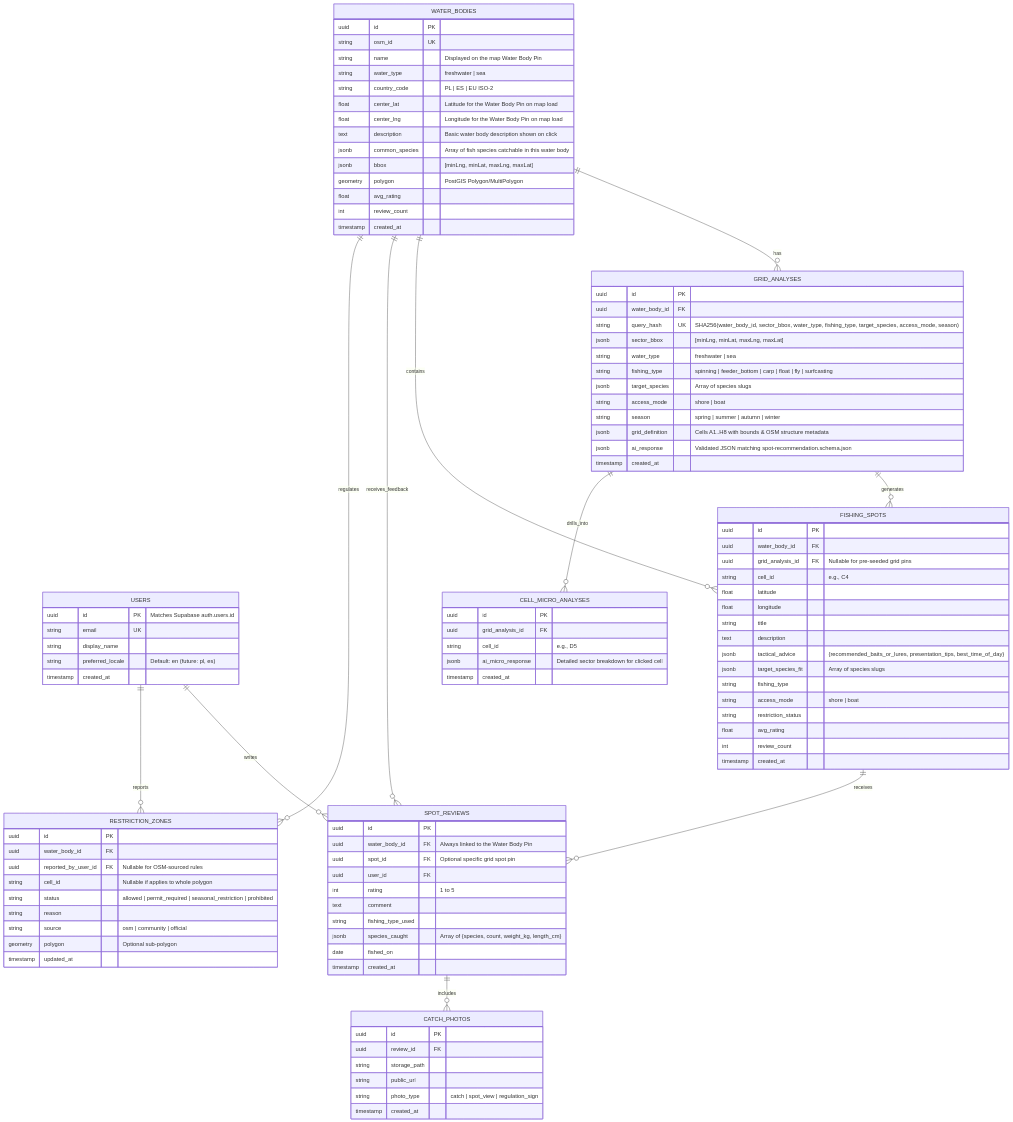
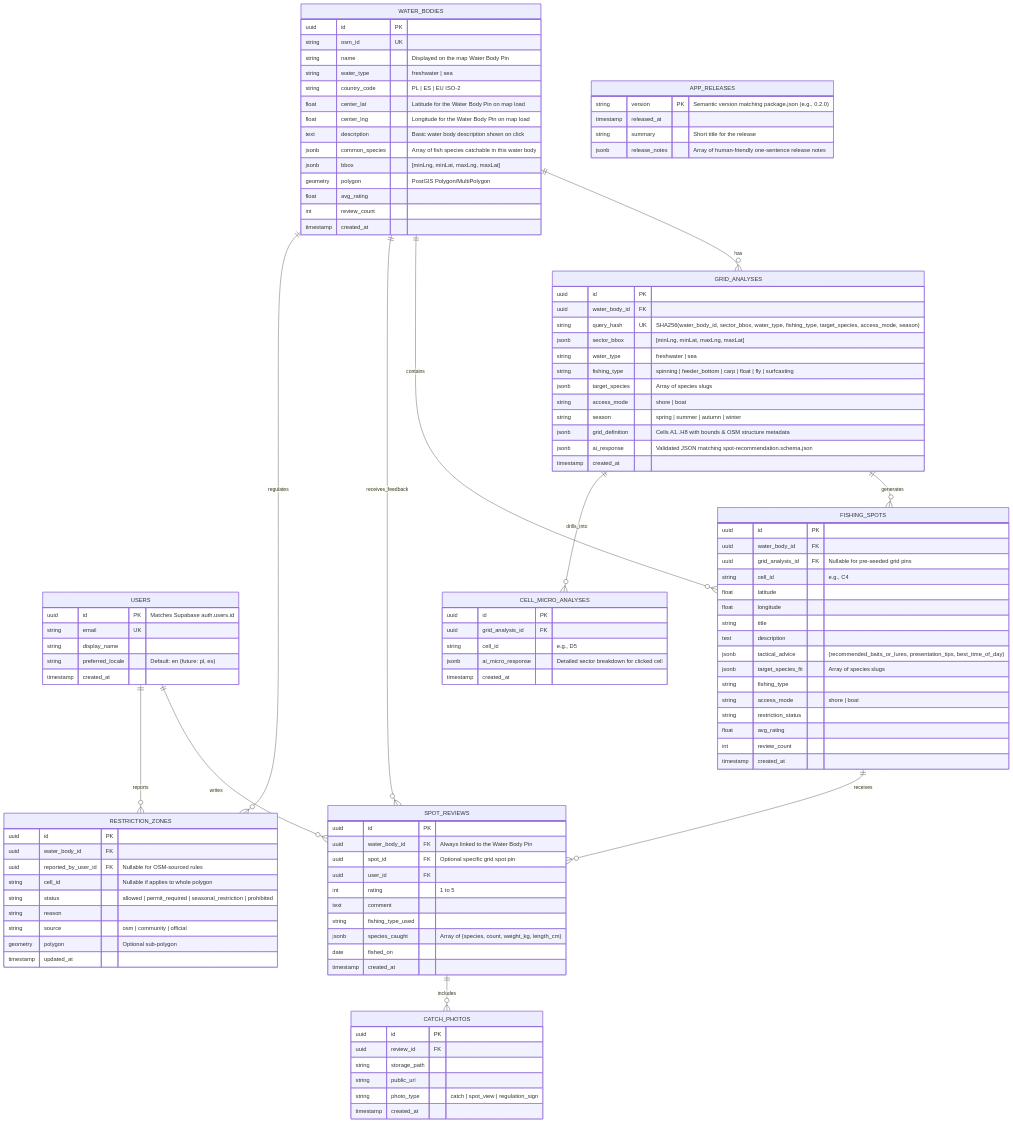
Before and after one commit to tarartem/fishing-spot: the diagram in specs/03-data-and-api/database-schema.md, drawn with Mermaid. The commit also changed 56 other files, not shown here.

````diff
--- a/specs/03-data-and-api/database-schema.md
+++ b/specs/03-data-and-api/database-schema.md
@@ -120,4 +120,11 @@
         string photo_type "catch | spot_view | regulation_sign"
         timestamp created_at
     }
+
+    APP_RELEASES {
+        string version PK "Semantic version matching package.json (e.g., 0.2.0)"
+        timestamp released_at
+        string summary "Short title for the release"
+        jsonb release_notes "Array of human-friendly one-sentence release notes"
+    }
 ```
````
